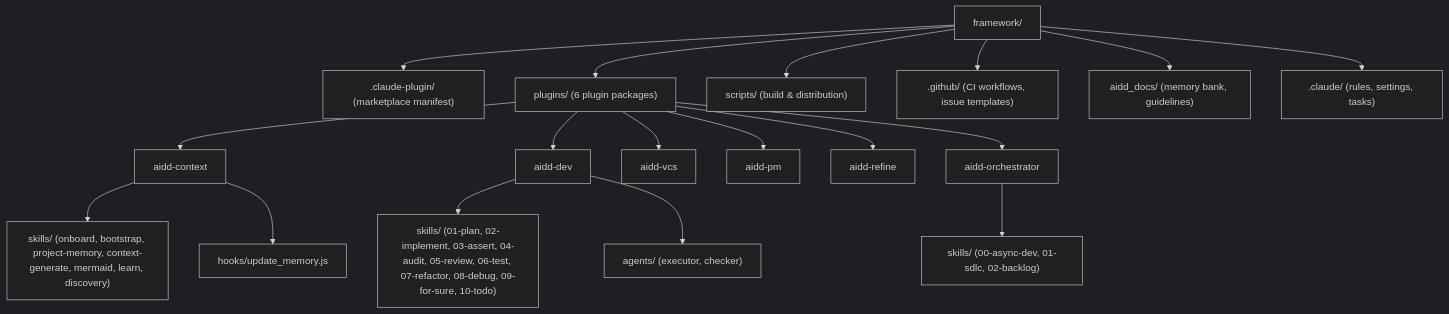
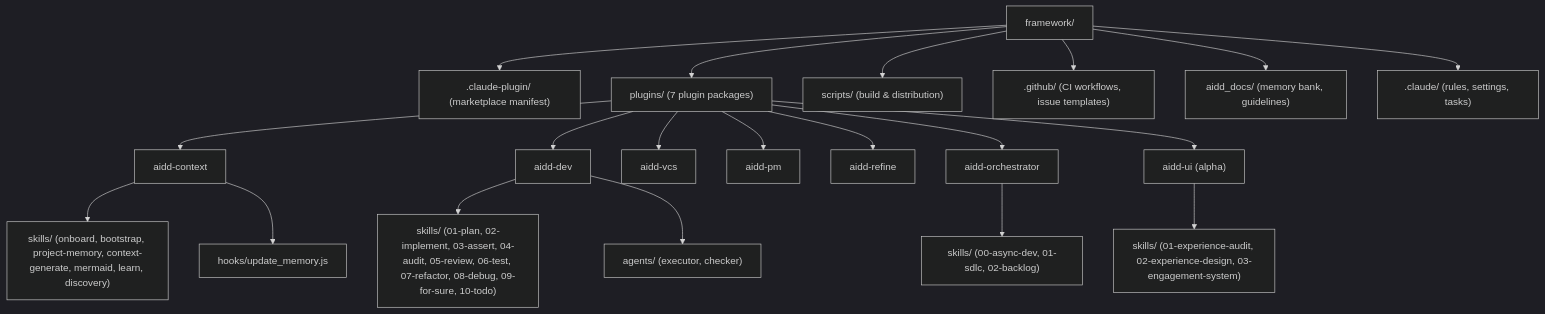
One commit to sylvain-reynaud/framework changed the diagram in aidd_docs/memory/codebase-map.md. Above: the diagram before and after it, drawn with Mermaid (dark theme). The commit also changed 5 other files, not shown here.

First line of the commit message:
docs(framework): document the experience design concern

````diff
--- a/aidd_docs/memory/codebase-map.md
+++ b/aidd_docs/memory/codebase-map.md
@@ -3,22 +3,24 @@
 ```mermaid
 flowchart TD
     Root["framework/"] --> ClaudePlugin[".claude-plugin/ (marketplace manifest)"]
-    Root --> Plugins["plugins/ (6 plugin packages)"]
+    Root --> Plugins["plugins/ (7 plugin packages)"]
     Root --> Scripts["scripts/ (build & distribution)"]
     Root --> GH[".github/ (CI workflows, issue templates)"]
     Root --> AiddDocs["aidd_docs/ (memory bank, guidelines)"]
     Root --> DotClaude[".claude/ (rules, settings, tasks)"]
 
     Plugins --> AiddContext["aidd-context"]
     Plugins --> AiddDev["aidd-dev"]
     Plugins --> AiddVCS["aidd-vcs"]
     Plugins --> AiddPM["aidd-pm"]
     Plugins --> AiddRefine["aidd-refine"]
     Plugins --> AiddOrchestrator["aidd-orchestrator"]
+    Plugins --> AiddUI["aidd-ui (alpha)"]
 
     AiddContext --> CtxSkills["skills/ (onboard, bootstrap, project-memory, context-generate, mermaid, learn, discovery)"]
     AiddContext --> CtxHooks["hooks/update_memory.js"]
     AiddDev --> DevSkills["skills/ (01-plan, 02-implement, 03-assert, 04-audit, 05-review, 06-test, 07-refactor, 08-debug, 09-for-sure, 10-todo)"]
     AiddDev --> DevAgents["agents/ (executor, checker)"]
     AiddOrchestrator --> OrchestratorSkills["skills/ (00-async-dev, 01-sdlc, 02-backlog)"]
+    AiddUI --> UISkills["skills/ (01-experience-audit, 02-experience-design, 03-engagement-system)"]
 ```
````
